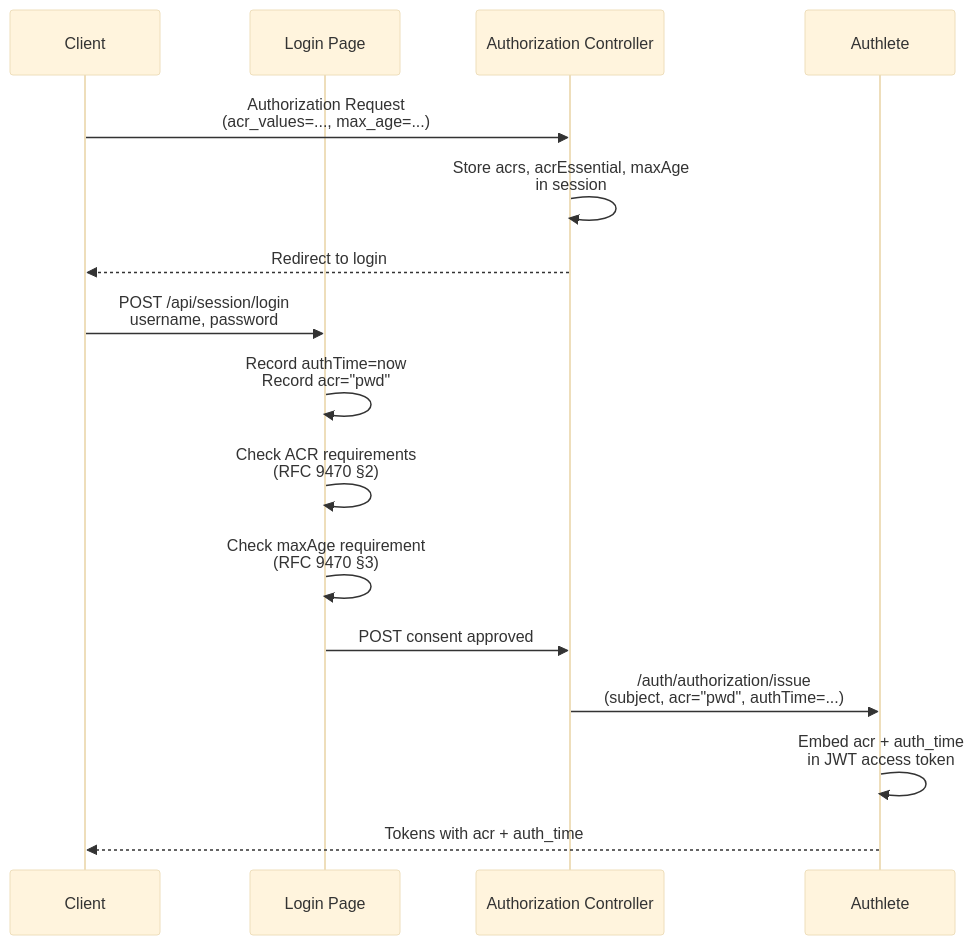
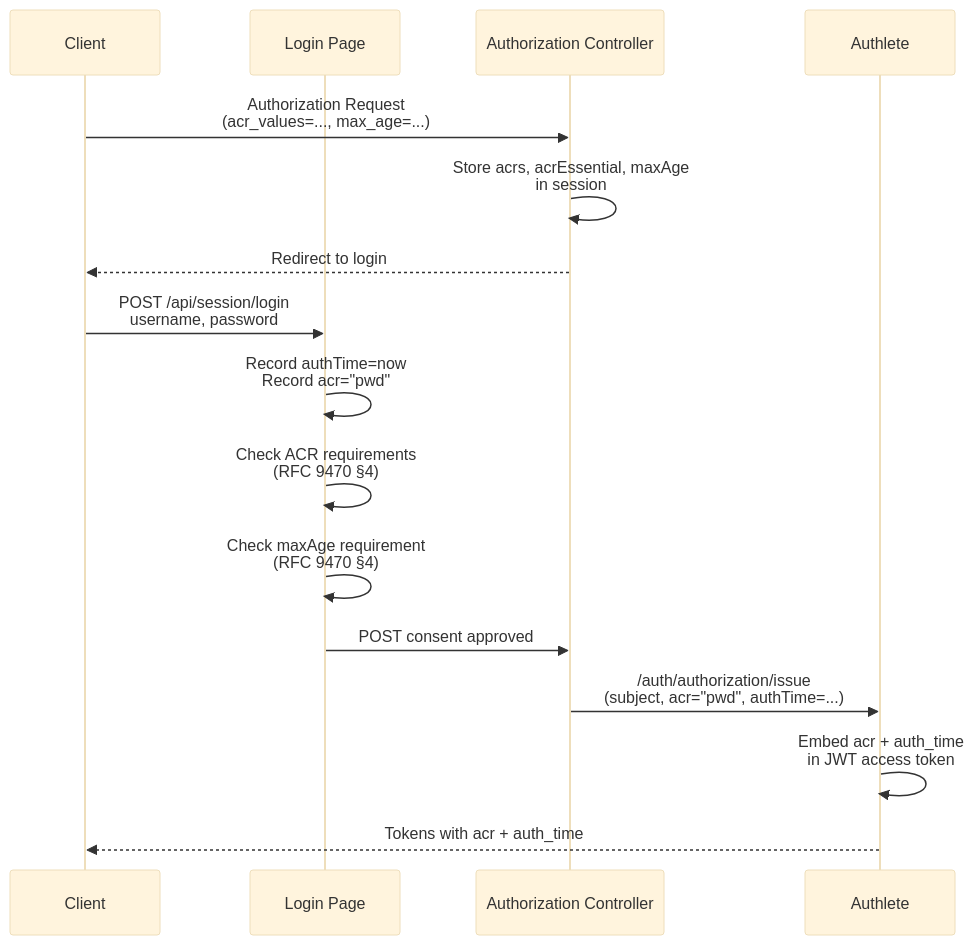
Before and after one commit to blackadi/OAUTH2.0: the second of 3 diagrams in docs/STEP-UP-AUTH-TUTORIAL.md, drawn with Mermaid (base theme). The commit also changed other lines of this file and 15 other files, not shown here.

````diff
--- a/docs/STEP-UP-AUTH-TUTORIAL.md
+++ b/docs/STEP-UP-AUTH-TUTORIAL.md
@@ -216,19 +216,19 @@
 ```mermaid
 sequenceDiagram
     participant Client
     participant Login as Login Page
     participant Authz as Authorization Controller
     participant Authlete
 
     Client->>Authz: Authorization Request<br/>(acr_values=..., max_age=...)
     Authz->>Authz: Store acrs, acrEssential, maxAge<br/>in session
     Authz-->>Client: Redirect to login
     Client->>Login: POST /api/session/login<br/>username, password
     Login->>Login: Record authTime=now<br/>Record acr="pwd"
-    Login->>Login: Check ACR requirements<br/>(RFC 9470 §2)
-    Login->>Login: Check maxAge requirement<br/>(RFC 9470 §3)
+    Login->>Login: Check ACR requirements<br/>(RFC 9470 §4)
+    Login->>Login: Check maxAge requirement<br/>(RFC 9470 §4)
     Login->>Authz: POST consent approved
     Authz->>Authlete: /auth/authorization/issue<br/>(subject, acr="pwd", authTime=...)
     Authlete->>Authlete: Embed acr + auth_time<br/>in JWT access token
     Authlete-->>Client: Tokens with acr + auth_time
 ```
````
